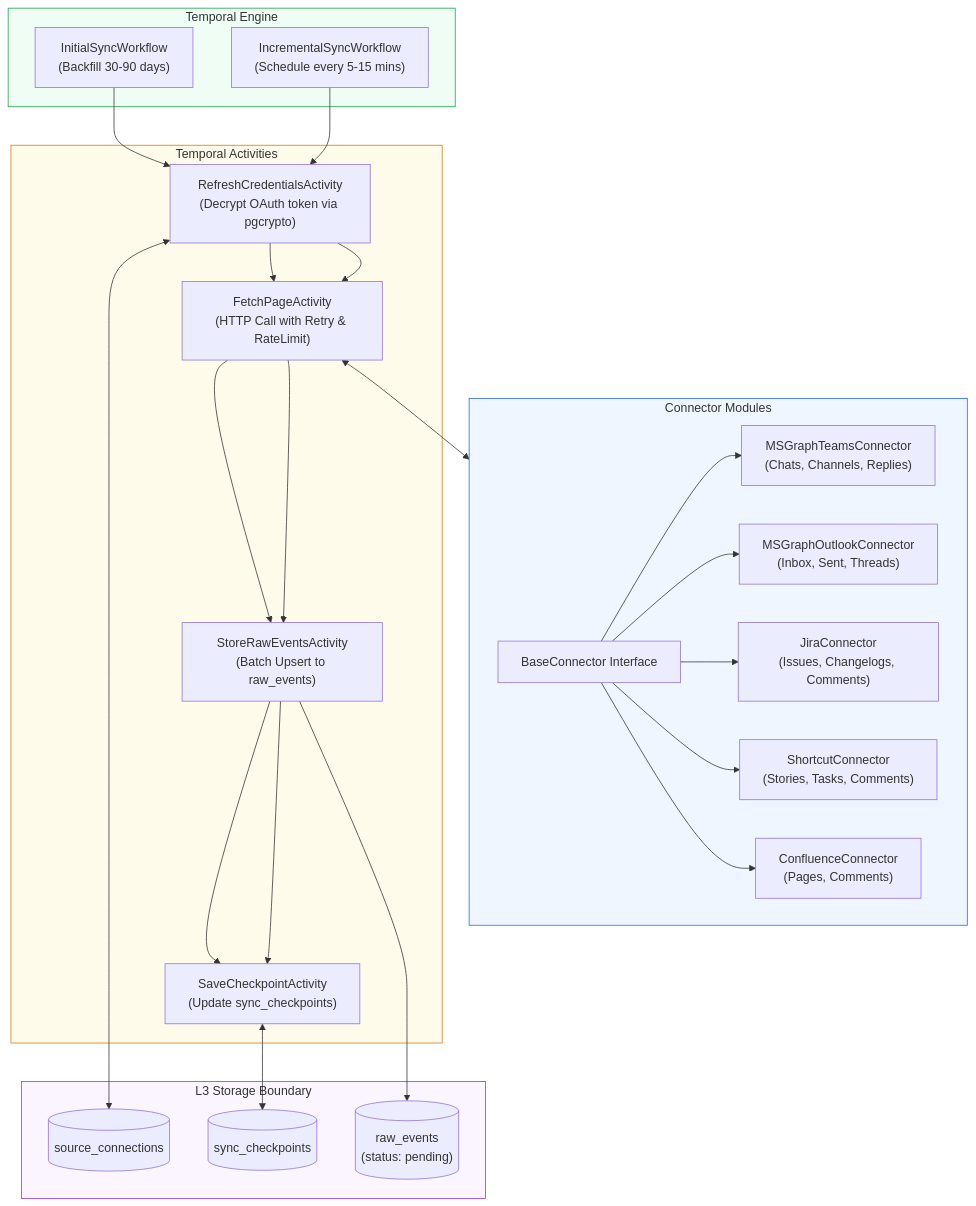
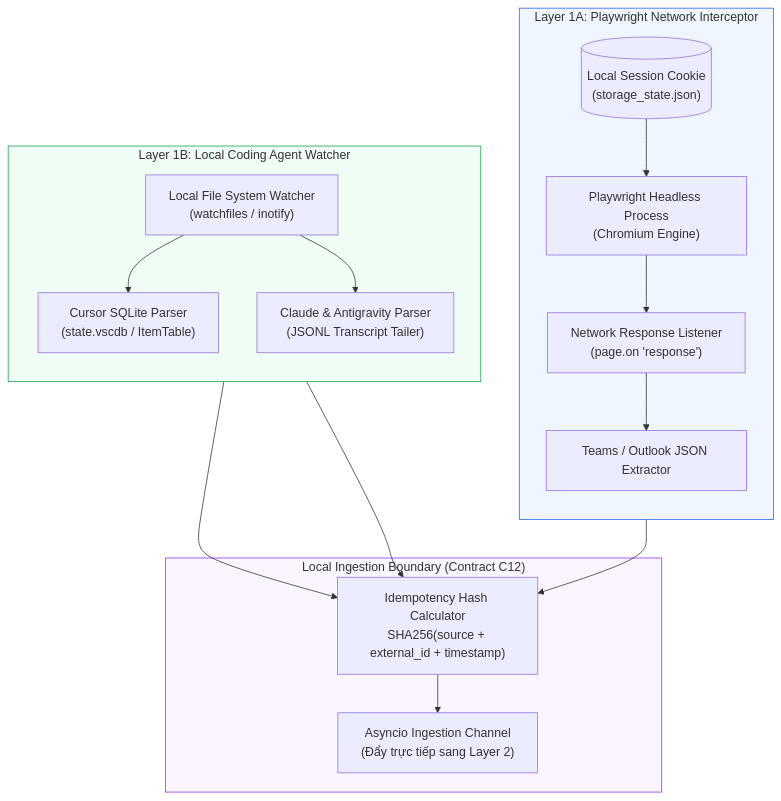
One commit to nxc1802/Personal_Task_Board changed the diagram in docs/layers/layer-1-data-acquisition.md. Above: the diagram before and after it, drawn with Mermaid. The commit also changed other lines of this file and 8 other files, not shown here.

First line of the commit message:
docs: re-architect project to Lean Local-First edition

````diff
--- a/docs/layers/layer-1-data-acquisition.md
+++ b/docs/layers/layer-1-data-acquisition.md
@@ -19,44 +23,35 @@
 ```mermaid
-flowchart TD
-    subgraph Schedulers ["Temporal Engine"]
-        TS_INIT["InitialSyncWorkflow<br/>(Backfill 30-90 days)"]
-        TS_INC["IncrementalSyncWorkflow<br/>(Schedule every 5-15 mins)"]
+flowchart TB
+    subgraph BrowserLayer ["Layer 1A: Playwright Network Interceptor"]
+        direction TB
+        PW_HEADLESS["Playwright Headless Process<br/>(Chromium Engine)"]
+        COOKIE_STORE[("Local Session Cookie<br/>(storage_state.json)")]
+        RESP_LISTENER["Network Response Listener<br/>(page.on 'response')"]
+        JSON_EXTRACT["Teams / Outlook JSON Extractor"]
+
+        COOKIE_STORE --> PW_HEADLESS --> RESP_LISTENER --> JSON_EXTRACT
     end
 
-    subgraph Connectors ["Connector Modules"]
-        BC["BaseConnector Interface"]
-        MSG_T["MSGraphTeamsConnector<br/>(Chats, Channels, Replies)"]
-        MSG_O["MSGraphOutlookConnector<br/>(Inbox, Sent, Threads)"]
-        JC["JiraConnector<br/>(Issues, Changelogs, Comments)"]
-        SC["ShortcutConnector<br/>(Stories, Tasks, Comments)"]
-        CC["ConfluenceConnector<br/>(Pages, Comments)"]
+    subgraph AgentLogLayer ["Layer 1B: Local Coding Agent Watcher"]
+        direction TB
+        DIR_WATCH["Local File System Watcher<br/>(watchfiles / inotify)"]
+        SQLITE_PARSER["Cursor SQLite Parser<br/>(state.vscdb / ItemTable)"]
+        TRANSCRIPT_PARSER["Claude & Antigravity Parser<br/>(JSONL Transcript Tailer)"]
 
-        BC --> MSG_T & MSG_O & JC & SC & CC
+        DIR_WATCH --> SQLITE_PARSER & TRANSCRIPT_PARSER
     end
 
-    subgraph Activities ["Temporal Activities"]
-        A_AUTH["RefreshCredentialsActivity<br/>(Decrypt OAuth token via pgcrypto)"]
-        A_FETCH["FetchPageActivity<br/>(HTTP Call with Retry & RateLimit)"]
-        A_CHECK["SaveCheckpointActivity<br/>(Update sync_checkpoints)"]
-        A_STORE["StoreRawEventsActivity<br/>(Batch Upsert to raw_events)"]
+    subgraph IngestionQueue ["Local Ingestion Boundary (Contract C12)"]
+        IDEMPOTENCY["Idempotency Hash Calculator<br/>SHA256(source + external_id + timestamp)"]
+        EVENT_QUEUE["Asyncio Ingestion Channel<br/>(Đẩy trực tiếp sang Layer 2)"]
     end
 
-    subgraph Store ["L3 Storage Boundary"]
-        DB_CONN[("source_connections")]
-        DB_CHK[("sync_checkpoints")]
-        DB_RAW[("raw_events<br/>(status: pending)")]
-    end
+    JSON_EXTRACT --> IDEMPOTENCY
+    SQLITE_PARSER --> IDEMPOTENCY
+    TRANSCRIPT_PARSER --> IDEMPOTENCY
+    IDEMPOTENCY --> EVENT_QUEUE
 
-    TS_INIT --> A_AUTH --> A_FETCH --> A_STORE --> A_CHECK
-    TS_INC --> A_AUTH --> A_FETCH --> A_STORE --> A_CHECK
-
-    A_AUTH <--> DB_CONN
-    A_CHECK <--> DB_CHK
-    A_STORE --> DB_RAW
-    A_FETCH <--> Connectors
-
-    style Schedulers fill:#F0FDF4,stroke:#16A34A
-    style Connectors fill:#EFF6FF,stroke:#2563EB
-    style Activities fill:#FFFBEB,stroke:#D97706
-    style Store fill:#FAF5FF,stroke:#9333EA
+    style BrowserLayer fill:#EFF6FF,stroke:#2563EB
+    style AgentLogLayer fill:#F0FDF4,stroke:#16A34A
+    style IngestionQueue fill:#FAF5FF,stroke:#9333EA
 ```
````
